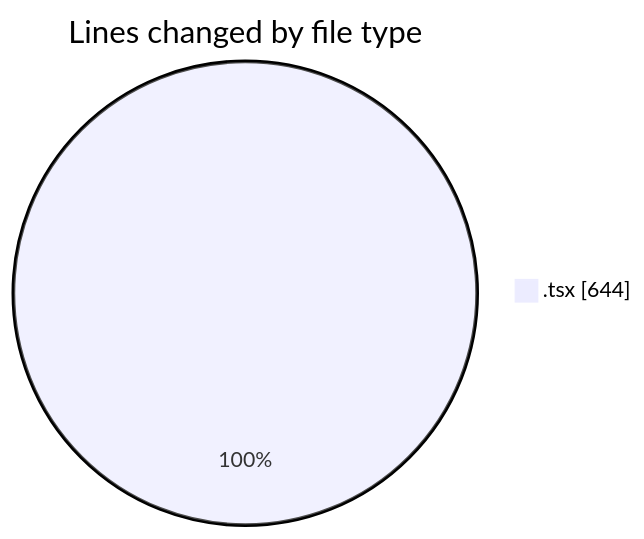
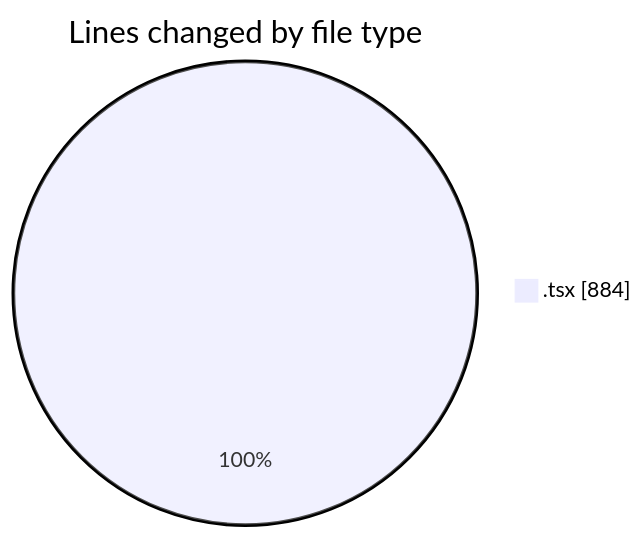
One commit to lephambinh05/code-tracking changed the first of 2 diagrams in 2025-08-20/napxuvn/README.md. Above: the diagram before and after it, drawn with Mermaid. The commit also changed other lines of this file and 1 other file, not shown here.

````diff
--- a/2025-08-20/napxuvn/README.md
+++ b/2025-08-20/napxuvn/README.md
@@ -32,5 +34,5 @@
 ```mermaid
 pie showData
 title Lines changed by file type
-".tsx" : 644
+".tsx" : 884
 ```
````
